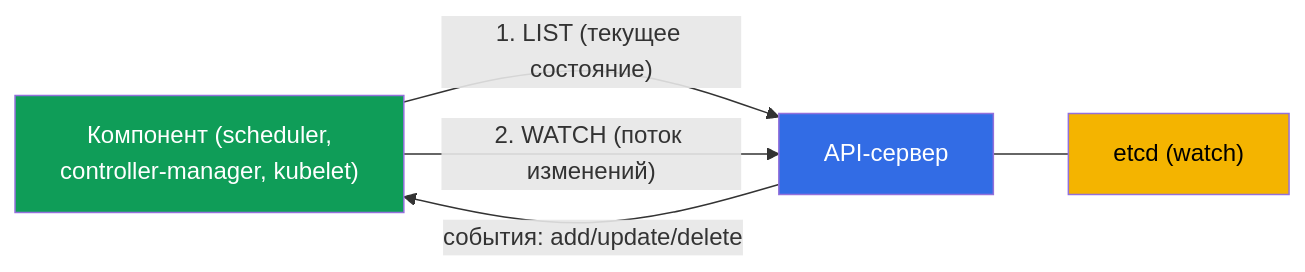
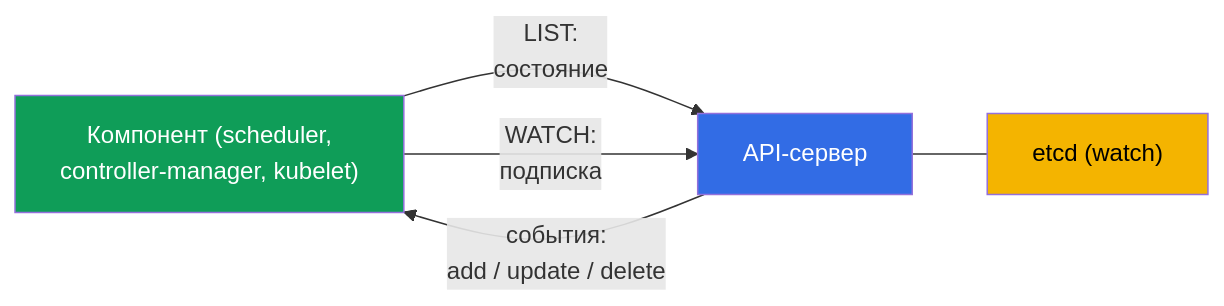
The sixth of 7 diagrams in tasks/cka/course/02/ru.md (ViktorUJ/cks), drawn with Mermaid before and after one commit. The commit also changed other lines of this file and 10 other files, not shown here.

````diff
--- a/tasks/cka/course/02/ru.md
+++ b/tasks/cka/course/02/ru.md
@@ -292,10 +321,10 @@
 ```mermaid
 flowchart LR
-    c["Компонент (scheduler,<br>controller-manager, kubelet)"] -->|"1. LIST (текущее состояние)"| api["API-сервер"]
-    c -->|"2. WATCH (поток изменений)"| api
-    api -->|"события: add/update/delete"| c
+    c["Компонент (scheduler,<br>controller-manager, kubelet)"] -->|"LIST:<br>состояние"| api["API-сервер"]
+    c -->|"WATCH:<br>подписка"| api
+    api -->|"события:<br>add / update / delete"| c
     api --- etcd["etcd (watch)"]
     style c fill:#0f9d58,color:#fff
     style api fill:#326ce5,color:#fff
     style etcd fill:#f4b400,color:#000
 ```
````
